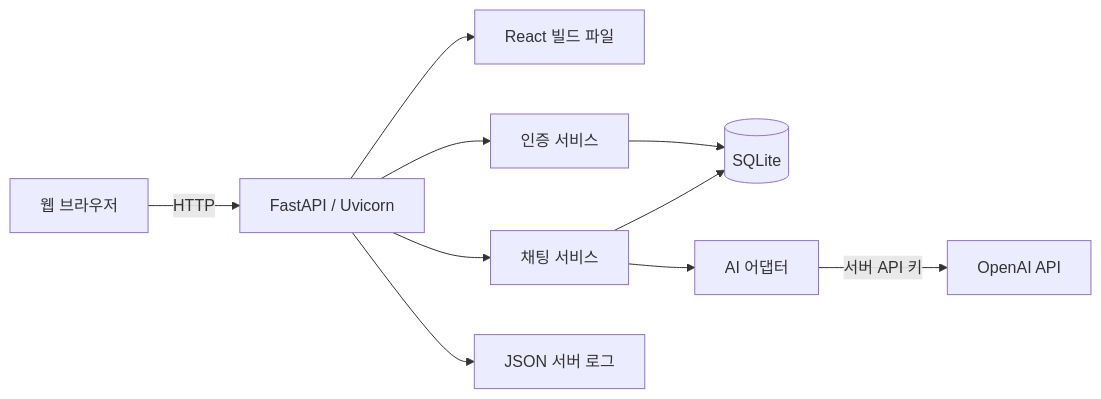
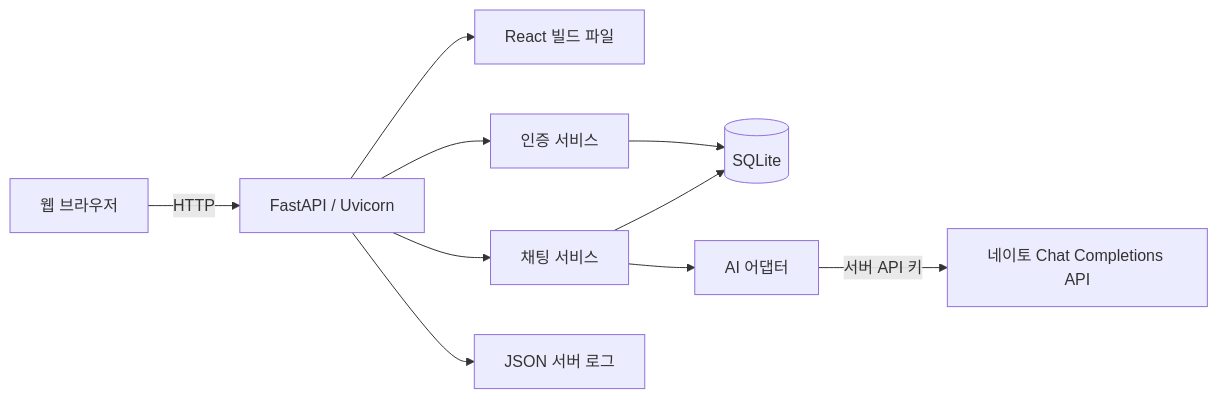
One commit to 1st0Groom/B7-1 changed the first of 3 diagrams in docs/design.md. Above: the diagram before and after it, drawn with Mermaid. The commit also changed other lines of this file and 9 other files, not shown here.

Commit message:
feat: 네이토 Chat Completions 연동

````diff
--- a/docs/design.md
+++ b/docs/design.md
@@ -20,12 +20,12 @@
 ```mermaid
 flowchart LR
     U[웹 브라우저] -->|HTTP| W[FastAPI / Uvicorn]
     W --> V[React 빌드 파일]
     W --> A[인증 서비스]
     W --> C[채팅 서비스]
     A --> D[(SQLite)]
     C --> D
     C --> G[AI 어댑터]
-    G -->|서버 API 키| E[OpenAI API]
+    G -->|서버 API 키| E[네이토 Chat Completions API]
     W --> L[JSON 서버 로그]
 ```
````
